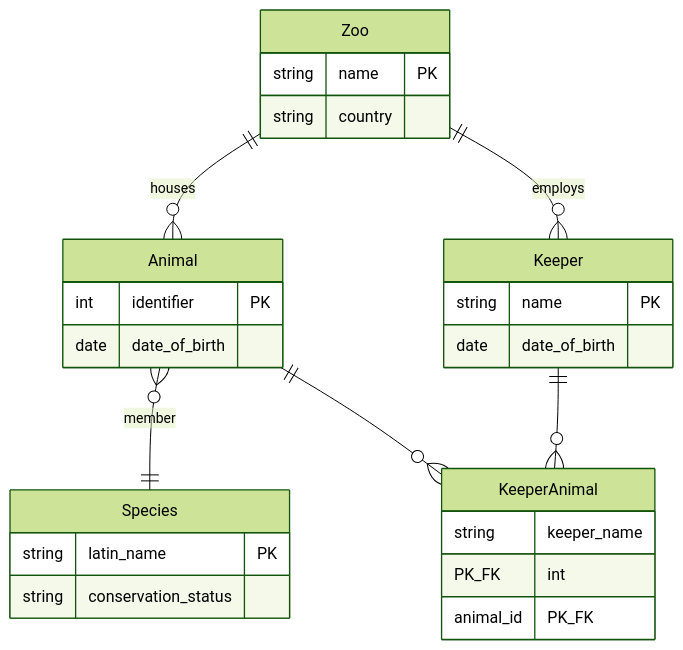
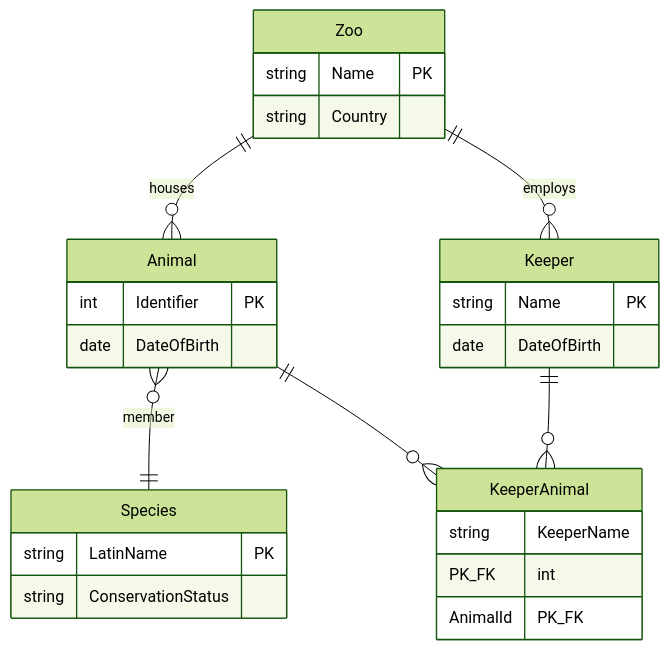
One commit to sreent/data-management-intro changed the second of 3 diagrams in past-exam-papers/september-2021/solution-sheet-september-2021.md. Above: the diagram before and after it, drawn with Mermaid (forest theme). The commit also changed other lines of this file and 1 other file, not shown here.

````diff
--- a/past-exam-papers/september-2021/solution-sheet-september-2021.md
+++ b/past-exam-papers/september-2021/solution-sheet-september-2021.md
@@ -64,29 +64,29 @@
 ```mermaid
 erDiagram
     Zoo ||--o{ Animal : houses
     Zoo ||--o{ Keeper : employs
     Animal }o--|| Species : member
     Keeper ||--o{ KeeperAnimal : ""
     Animal ||--o{ KeeperAnimal : ""
 
     Zoo {
-        string name PK
-        string country
+        string Name PK
+        string Country
     }
     Keeper {
-        string name PK
-        date date_of_birth
+        string Name PK
+        date DateOfBirth
     }
     KeeperAnimal {
-        string keeper_name PK_FK
-        int animal_id PK_FK
+        string KeeperName PK_FK
+        int AnimalId PK_FK
     }
     Animal {
-        int identifier PK
-        date date_of_birth
+        int Identifier PK
+        date DateOfBirth
     }
     Species {
-        string latin_name PK
-        string conservation_status
+        string LatinName PK
+        string ConservationStatus
     }
 ```
````
